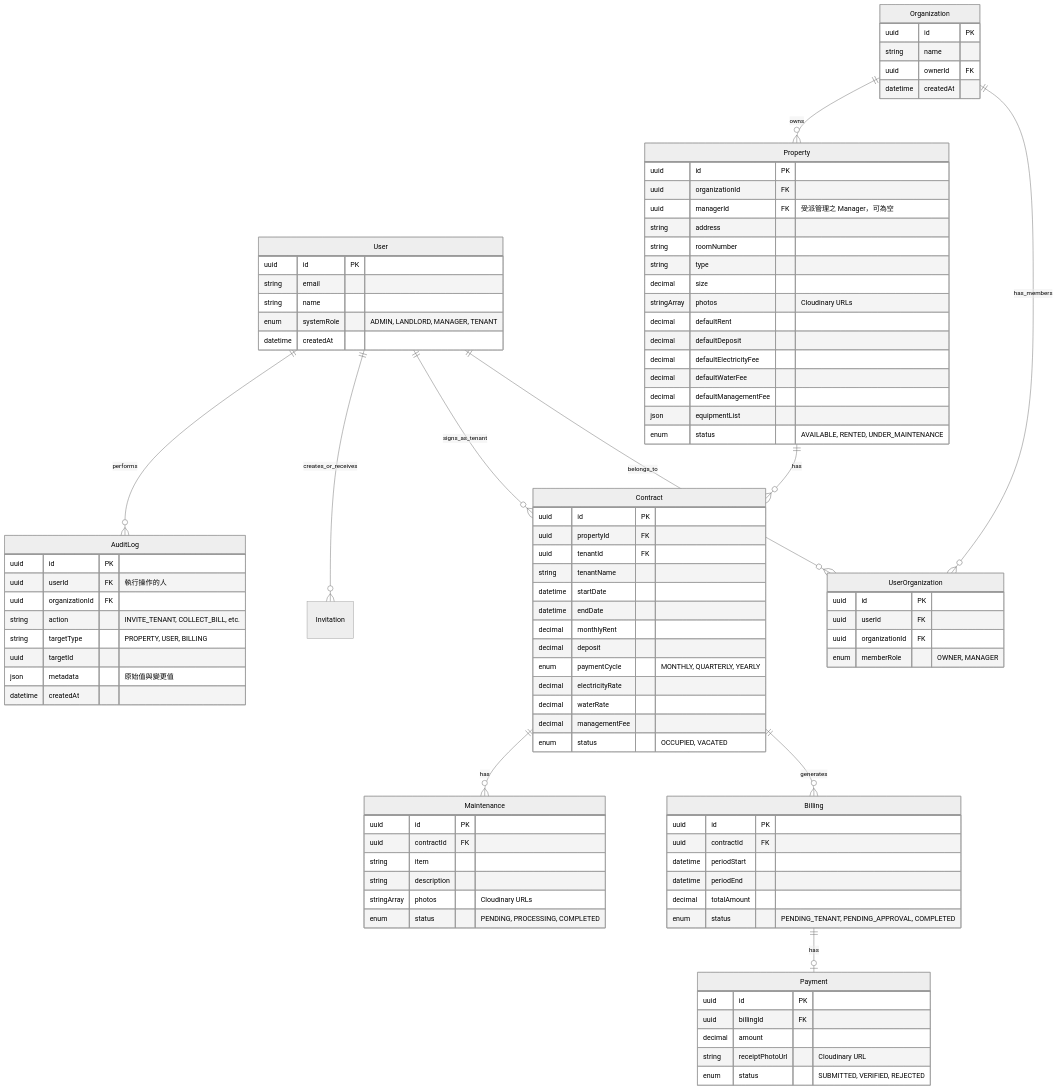
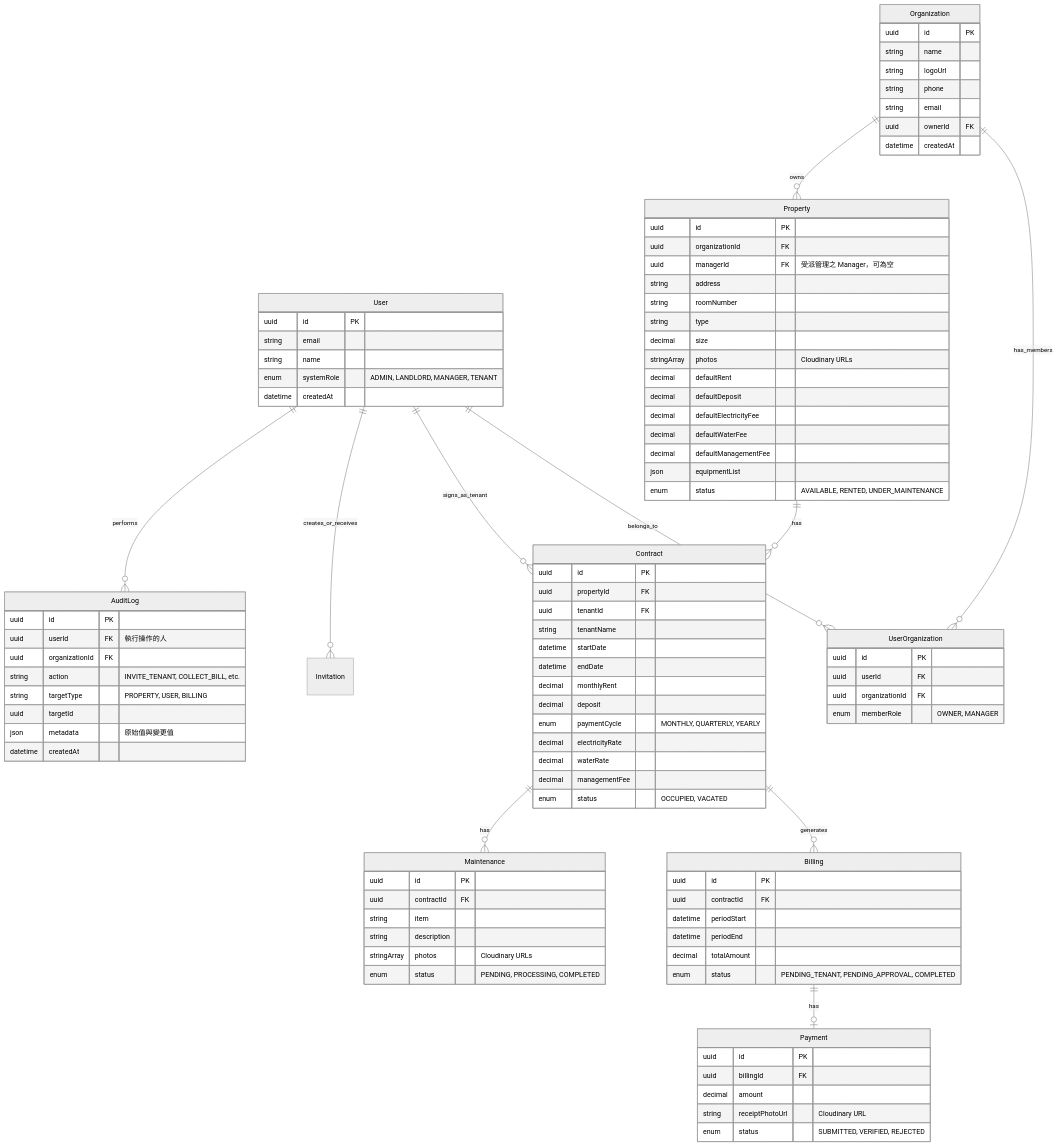
Before and after one commit to Hero935/PrimeStay: the fourth of 6 diagrams in spec.md, drawn with Mermaid (neutral theme). The commit also changed 10 other files, not shown here.

```diff
--- a/spec.md
+++ b/spec.md
@@ -104,6 +104,9 @@
     Organization {
         uuid id PK
         string name
+        string logoUrl
+        string phone
+        string email
         uuid ownerId FK
         datetime createdAt
     }
```
